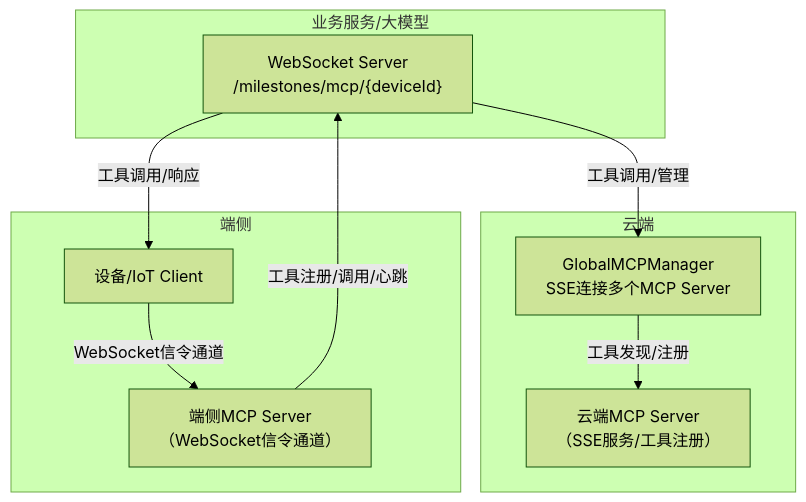
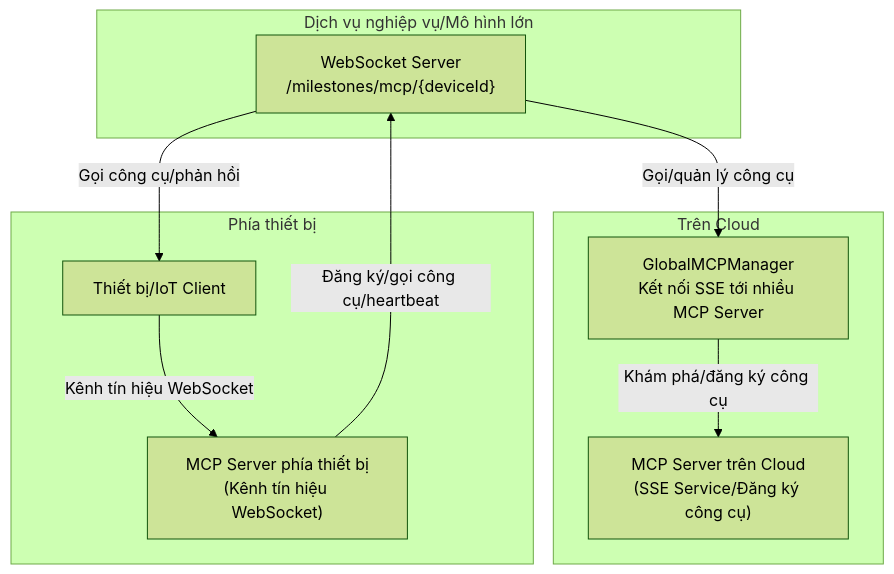
One commit to QuocTho228/milestones-esp32-server-golang changed the diagram in doc/mcp.md. Above: the diagram before and after it, drawn with Mermaid (forest theme). The commit also changed other lines of this file and 50 other files, not shown here.

````diff
--- a/doc/mcp.md
+++ b/doc/mcp.md
@@ -28,20 +28,20 @@
 ```mermaid
 flowchart TD
-    subgraph 云端
-        A["GlobalMCPManager\nSSE连接多个MCP Server"]
-        B["云端MCP Server\n（SSE服务/工具注册）"]
+    subgraph Cloud["Trên Cloud"]
+        A["GlobalMCPManager\nKết nối SSE tới nhiều MCP Server"]
+        B["MCP Server trên Cloud\n(SSE Service/Đăng ký công cụ)"]
     end
-    subgraph 业务服务/大模型
+    subgraph Backend["Dịch vụ nghiệp vụ/Mô hình lớn"]
         C["WebSocket Server\n/milestones/mcp/{deviceId}"]
     end
-    subgraph 端侧
-        D["设备/IoT Client"]
-        E["端侧MCP Server\n（WebSocket信令通道）"]
+    subgraph Edge["Phía thiết bị"]
+        D["Thiết bị/IoT Client"]
+        E["MCP Server phía thiết bị\n(Kênh tín hiệu WebSocket)"]
     end
 
-    A -- "工具发现/注册" --> B
-    C -- "工具调用/管理" --> A
-    D -- "WebSocket信令通道" --> E
-    E -- "工具注册/调用/心跳" --> C
-    C -- "工具调用/响应" --> D
+    A -- "Khám phá/đăng ký công cụ" --> B
+    C -- "Gọi/quản lý công cụ" --> A
+    D -- "Kênh tín hiệu WebSocket" --> E
+    E -- "Đăng ký/gọi công cụ/heartbeat" --> C
+    C -- "Gọi công cụ/phản hồi" --> D
 ```
````
